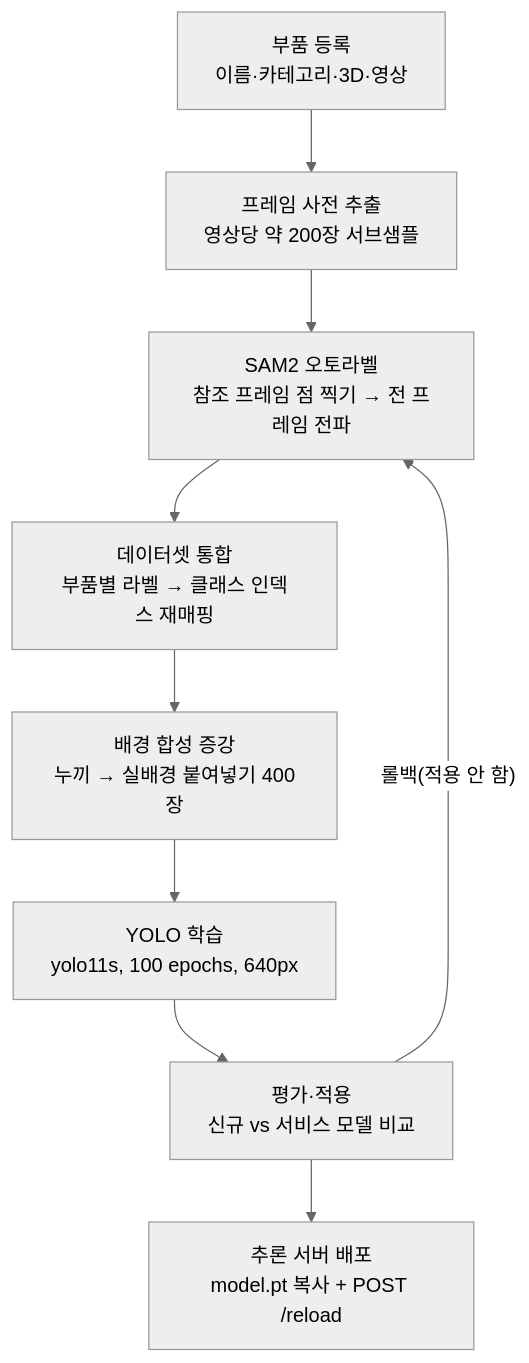
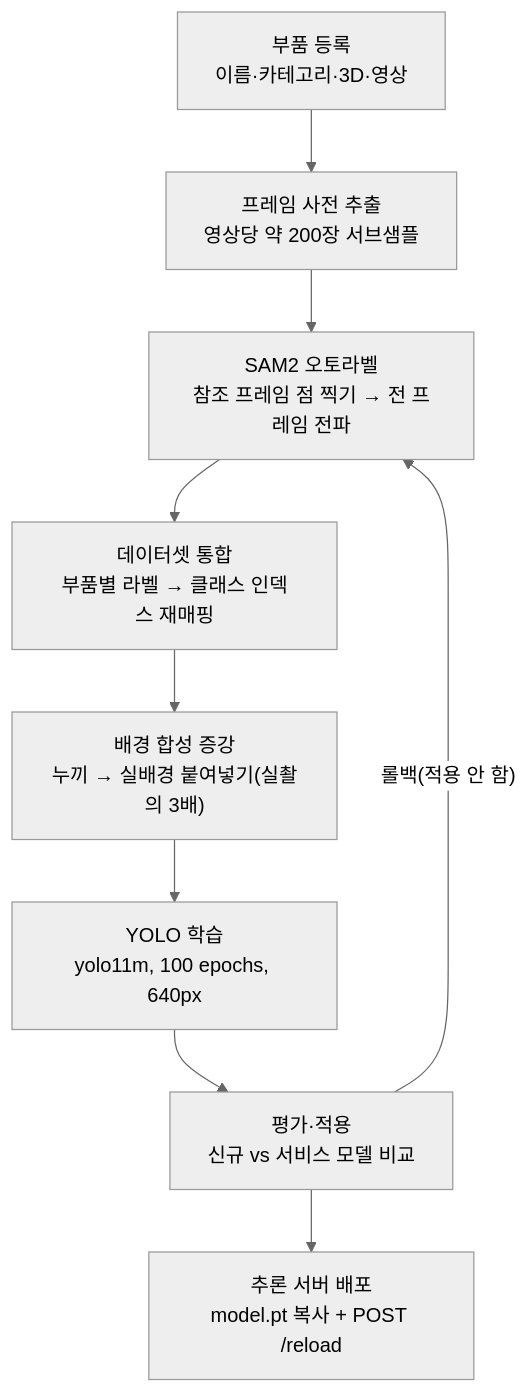
Before and after one commit to ev1025/auto_annotation_learning: the diagram in README.md, drawn with Mermaid (neutral theme). The commit also changed other lines of this file and 12 other files, not shown here.

````diff
--- a/README.md
+++ b/README.md
@@ -26,13 +26,13 @@
 ```mermaid
 flowchart TD
     A["부품 등록<br/>이름·카테고리·3D·영상"]
     B["프레임 사전 추출<br/>영상당 약 200장 서브샘플"]
     C["SAM2 오토라벨<br/>참조 프레임 점 찍기 → 전 프레임 전파"]
     D["데이터셋 통합<br/>부품별 라벨 → 클래스 인덱스 재매핑"]
-    E["배경 합성 증강<br/>누끼 → 실배경 붙여넣기 400장"]
-    F["YOLO 학습<br/>yolo11s, 100 epochs, 640px"]
+    E["배경 합성 증강<br/>누끼 → 실배경 붙여넣기(실촬의 3배)"]
+    F["YOLO 학습<br/>yolo11m, 100 epochs, 640px"]
     G["평가·적용<br/>신규 vs 서비스 모델 비교"]
     H["추론 서버 배포<br/>model.pt 복사 + POST /reload"]
     A --> B --> C --> D --> E --> F --> G --> H
     G -- "롤백(적용 안 함)" --> C
 ```
````
